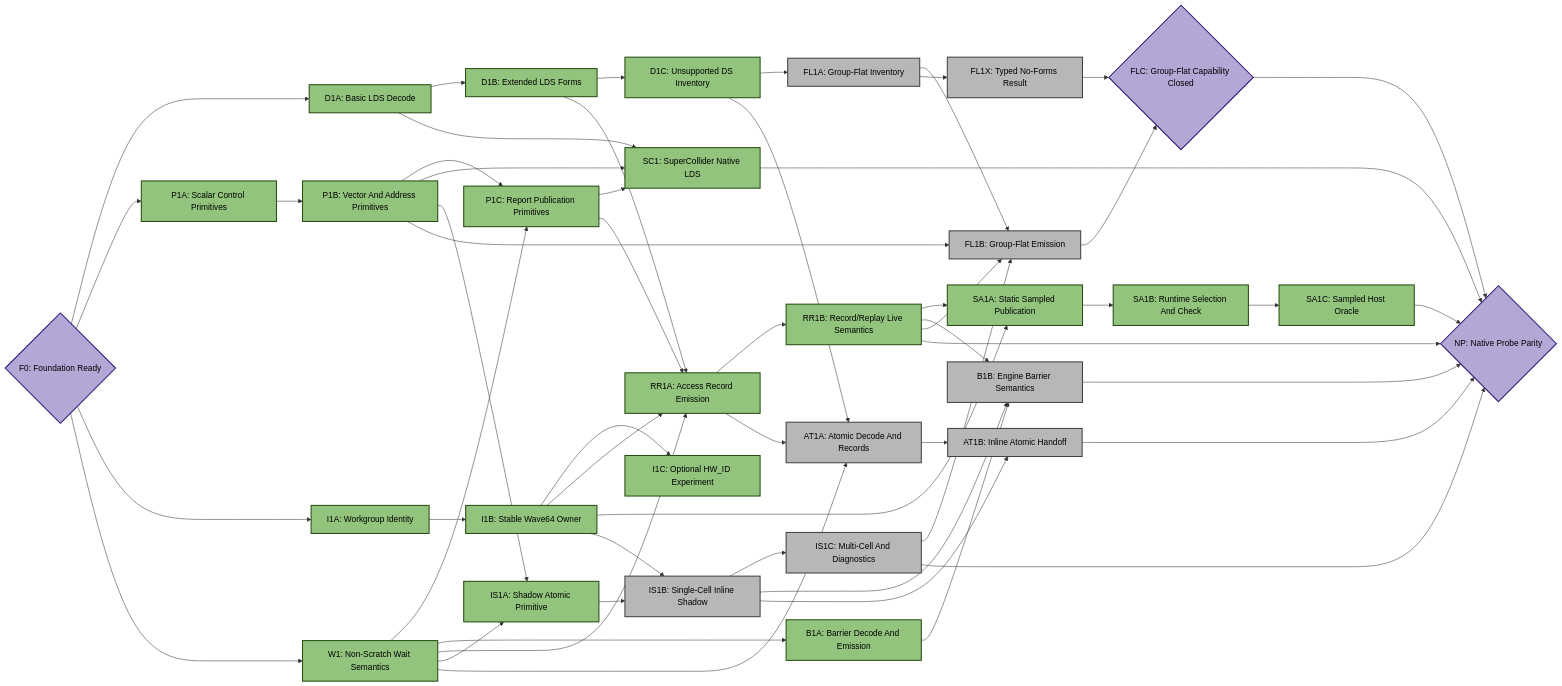
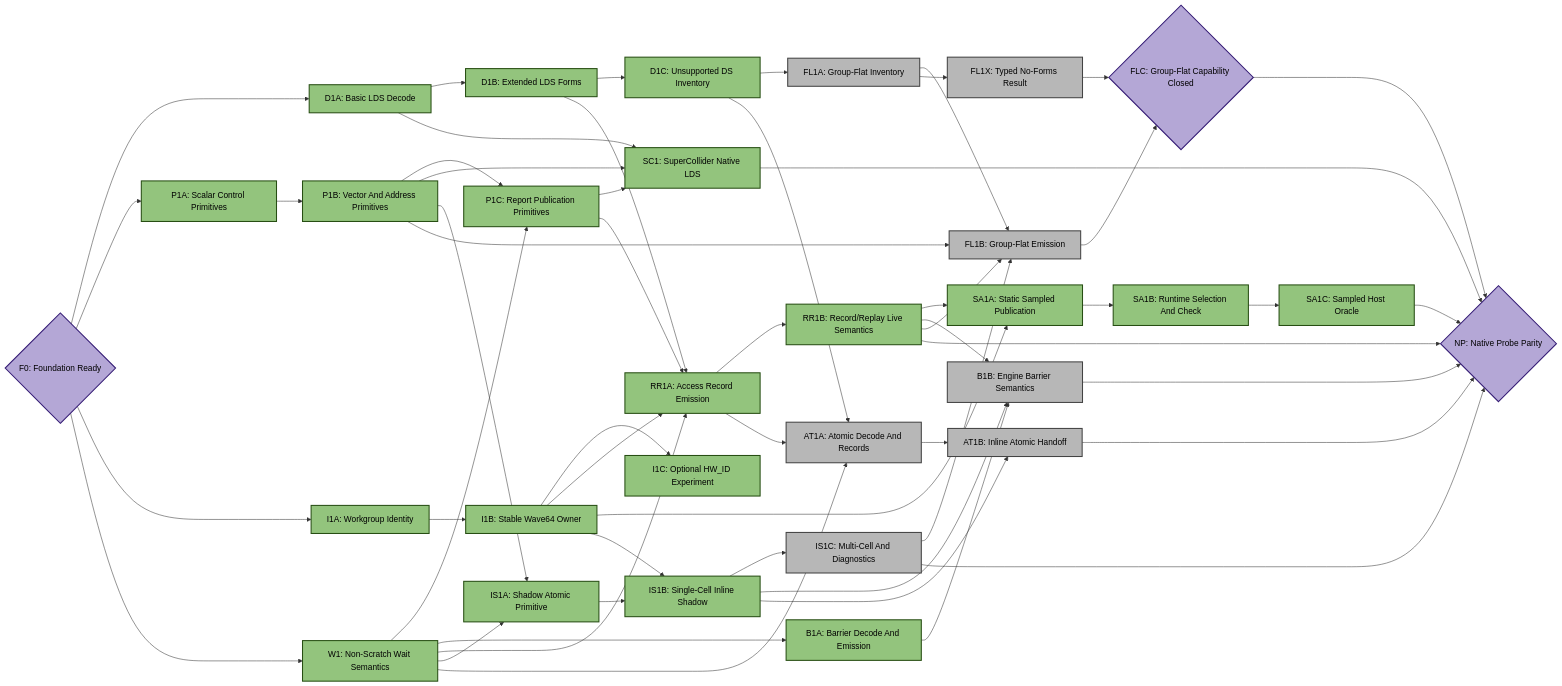
Before and after one commit to ROCm/rocm-systems: the fourth of 5 diagrams in emulation/rocjitsu/docs/consan/PLAN_GFX950.md, drawn with Mermaid. The commit also changed other lines of this file and 5 other files, not shown here.

Commit message:
rocjitsu: enable gfx950 single-cell inline shadow

```diff
--- a/emulation/rocjitsu/docs/consan/PLAN_GFX950.md
+++ b/emulation/rocjitsu/docs/consan/PLAN_GFX950.md
@@ -362,7 +367,7 @@
   SA1B["SA1B: Runtime Selection And Check"]:::done
   SA1C["SA1C: Sampled Host Oracle"]:::done
   IS1A["IS1A: Shadow Atomic Primitive"]:::done
-  IS1B["IS1B: Single-Cell Inline Shadow"]:::todo
+  IS1B["IS1B: Single-Cell Inline Shadow"]:::done
   IS1C["IS1C: Multi-Cell And Diagnostics"]:::todo
   FL1A["FL1A: Group-Flat Inventory"]:::todo
   FL1B["FL1B: Group-Flat Emission"]:::todo
```
